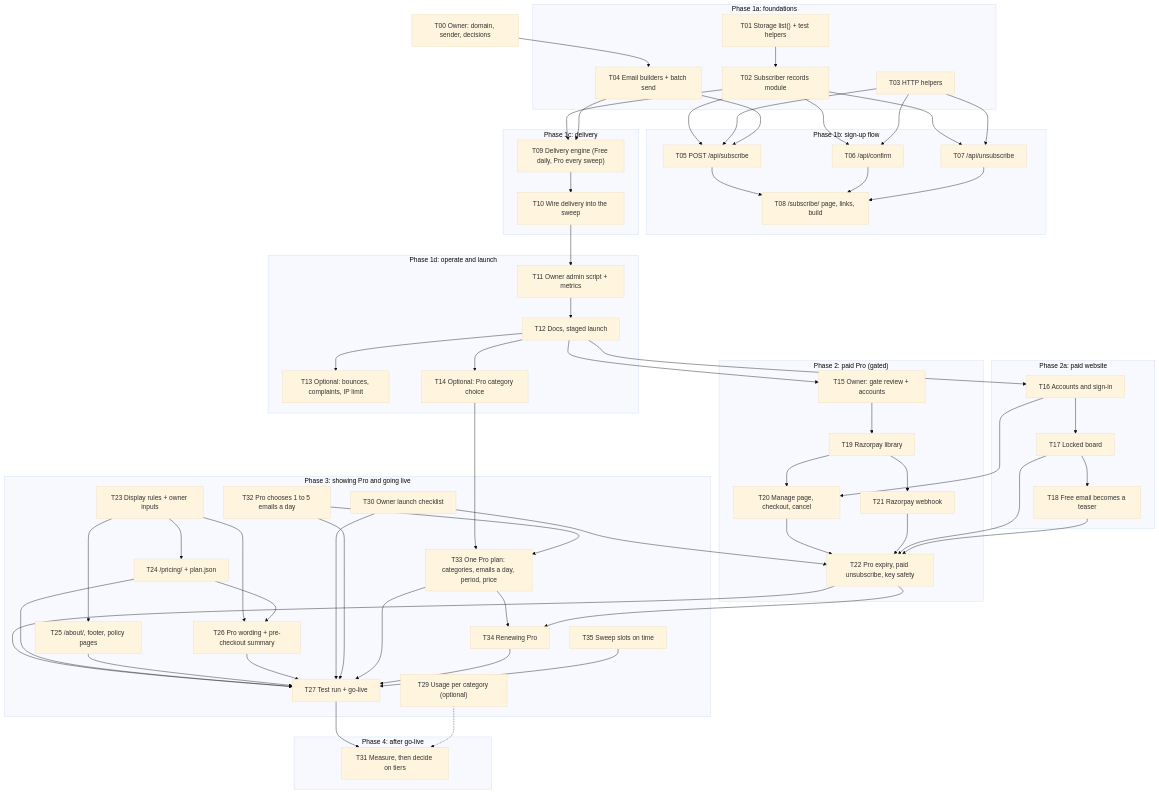
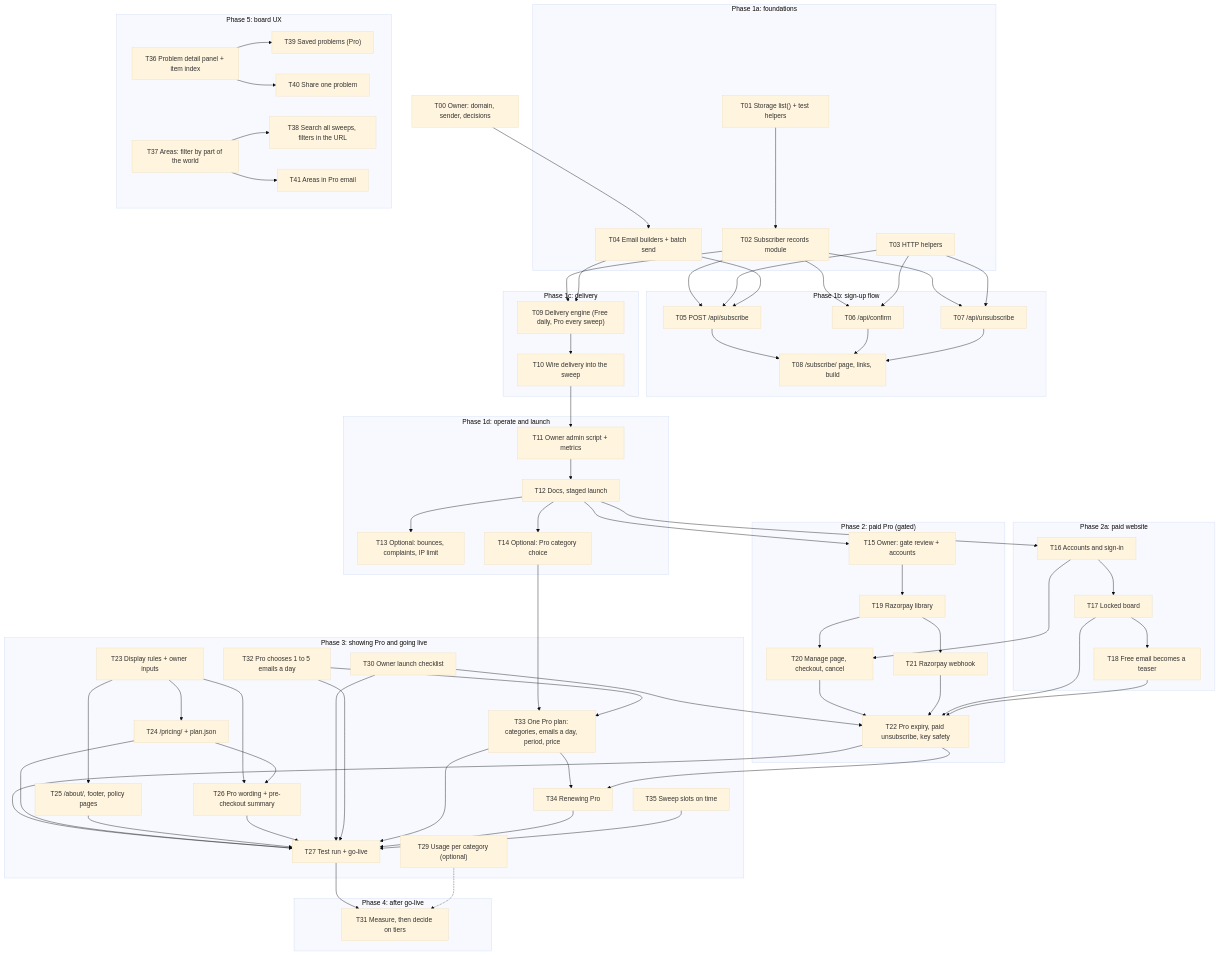
The diagram in docs/subscriptions/tasks/README.md (bhawnamanglapm/travel-problem-radar-case-study), drawn with Mermaid (base theme) before and after one commit. The commit also changed other lines of this file and 7 other files, not shown here.

````diff
--- a/docs/subscriptions/tasks/README.md
+++ b/docs/subscriptions/tasks/README.md
@@ -88,6 +91,14 @@
   subgraph P4["Phase 4: after go-live"]
     T31["T31 Measure, then decide on tiers"]
   end
+  subgraph P5["Phase 5: board UX"]
+    T36["T36 Problem detail panel + item index"]
+    T37["T37 Areas: filter by part of the world"]
+    T38["T38 Search all sweeps, filters in the URL"]
+    T39["T39 Saved problems (Pro)"]
+    T40["T40 Share one problem"]
+    T41["T41 Areas in Pro email"]
+  end
   T00 --> T04
   T01 --> T02
   T02 --> T05 & T06 & T07 & T09
@@ -111,4 +122,6 @@
   T30 --> T22
   T27 --> T31
   T29 -.-> T31
+  T36 --> T39 & T40
+  T37 --> T38 & T41
 ```
````
